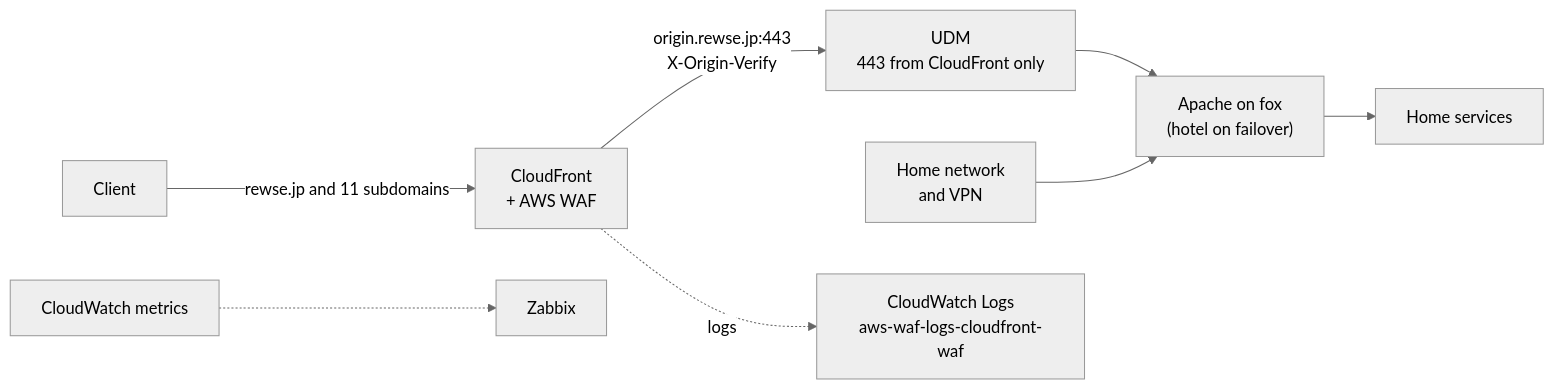
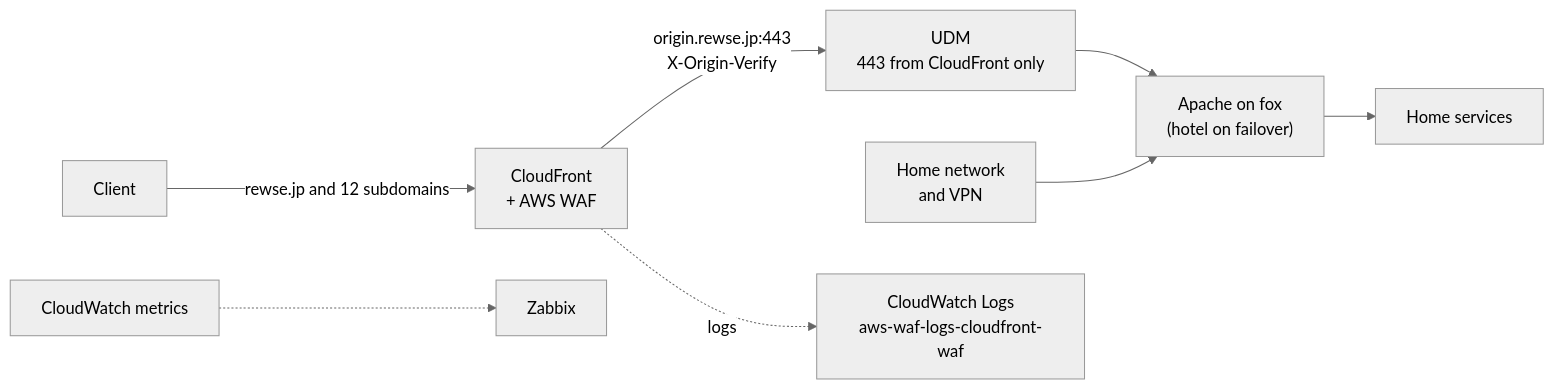
Before and after one commit to rewse/cloudfront-waf: the diagram in README.md, drawn with Mermaid (neutral theme). The commit also changed other lines of this file and 5 other files, not shown here.

First line of the commit message:
feat: serve mail-mcp.rewse.jp through CloudFront

````diff
--- a/README.md
+++ b/README.md
@@ -7,10 +7,10 @@
 ```mermaid
 flowchart LR
-  client[Client] -->|"rewse.jp and 11 subdomains"| cf["CloudFront<br/>+ AWS WAF"]
+  client[Client] -->|"rewse.jp and 12 subdomains"| cf["CloudFront<br/>+ AWS WAF"]
   cf -->|"origin.rewse.jp:443<br/>X-Origin-Verify"| udm["UDM<br/>443 from CloudFront only"]
   udm --> apache["Apache on fox<br/>(hotel on failover)"]
   apache --> apps[Home services]
   home["Home network<br/>and VPN"] --> apache
   cf -.->|logs| logs["CloudWatch Logs<br/>aws-waf-logs-cloudfront-waf"]
   cw[CloudWatch metrics] -.-> zabbix[Zabbix]
 ```
````
